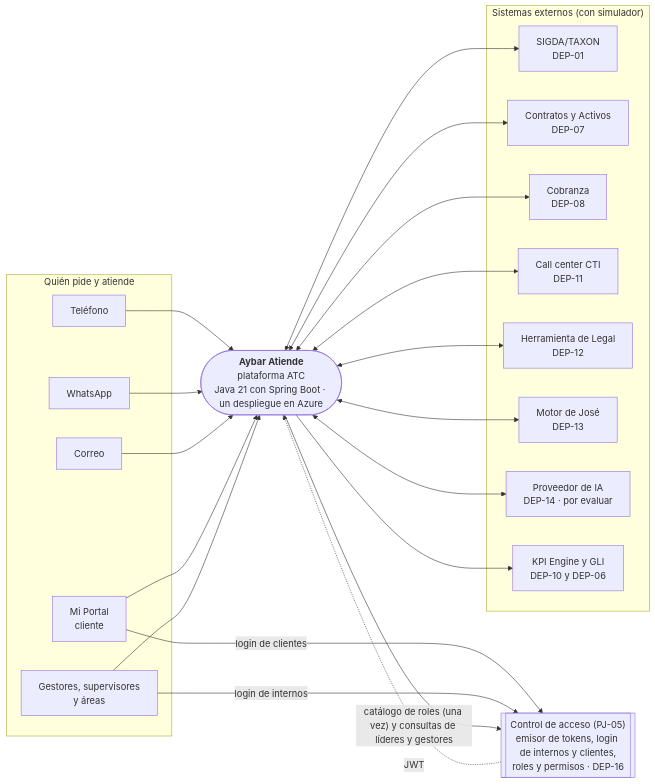
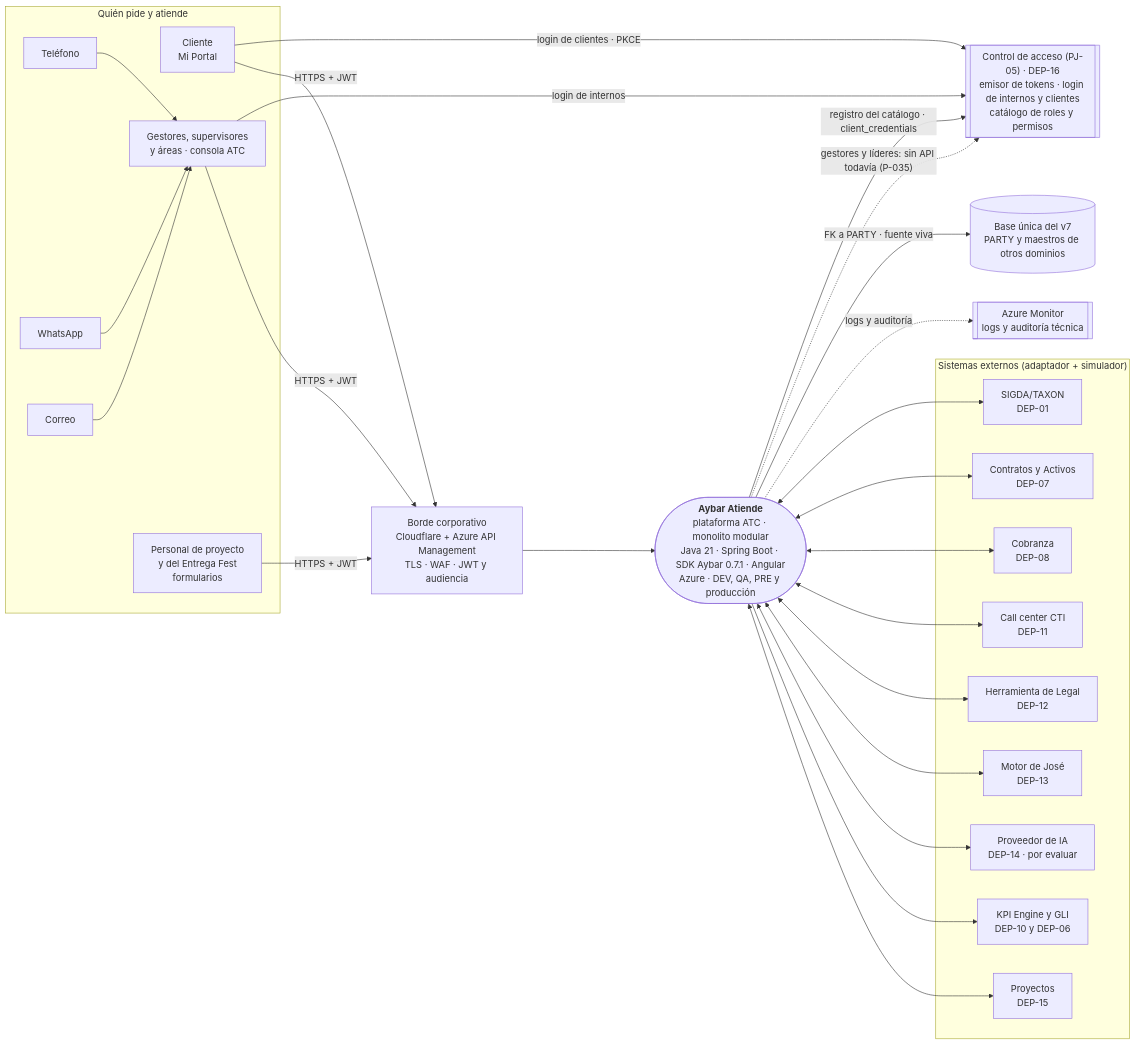
One commit to michel-poma-huachihuaco/tyc-mockup changed the diagram in propuesta-po/documentacion/paquete-definir-etapa1-v1.3/arquitectura/c4-contexto.mmd. Above: the diagram before and after it, drawn with Mermaid. The commit also changed 124 other files, not shown here.

```diff
--- a/propuesta-po/documentacion/paquete-definir-etapa1-v1.3/arquitectura/c4-contexto.mmd
+++ b/propuesta-po/documentacion/paquete-definir-etapa1-v1.3/arquitectura/c4-contexto.mmd
@@ -1,38 +1,49 @@
 flowchart LR
   subgraph Quien["Quién pide y atiende"]
     tel[Teléfono]
     wa[WhatsApp]
     mail[Correo]
-    portal[Mi Portal<br/>cliente]
-    ges[Gestores, supervisores<br/>y áreas]
+    cli[Cliente<br/>Mi Portal]
+    ges[Gestores, supervisores<br/>y áreas · consola ATC]
+    obra[Personal de proyecto<br/>y del Entrega Fest<br/>formularios]
   end
-  atc(["<b>Aybar Atiende</b><br/>plataforma ATC<br/>Java 21 con Spring Boot · un despliegue en Azure"])
-  subgraph Ext["Sistemas externos (con simulador)"]
+  borde["Borde corporativo<br/>Cloudflare + Azure API Management<br/>TLS · WAF · JWT y audiencia"]
+  atc(["<b>Aybar Atiende</b><br/>plataforma ATC · monolito modular<br/>Java 21 · Spring Boot · SDK Aybar 0.7.1 · Angular<br/>Azure · DEV, QA, PRE y producción"])
+  ctrl[["Control de acceso (PJ-05) · DEP-16<br/>emisor de tokens · login de internos y clientes<br/>catálogo de roles y permisos"]]
+  base[("Base única del v7<br/>PARTY y maestros de otros dominios")]
+  mon[["Azure Monitor<br/>logs y auditoría técnica"]]
+  subgraph Ext["Sistemas externos (adaptador + simulador)"]
     sigda[SIGDA/TAXON<br/>DEP-01]
     con[Contratos y Activos<br/>DEP-07]
     cob[Cobranza<br/>DEP-08]
     cti[Call center CTI<br/>DEP-11]
     leg[Herramienta de Legal<br/>DEP-12]
     jose[Motor de José<br/>DEP-13]
     ia[Proveedor de IA<br/>DEP-14 · por evaluar]
     kpi[KPI Engine y GLI<br/>DEP-10 y DEP-06]
+    proy[Proyectos<br/>DEP-15]
   end
-  ctrl[["Control de acceso (PJ-05)<br/>emisor de tokens, login de internos y clientes,<br/>roles y permisos · DEP-16"]]
-  tel --> atc
-  wa --> atc
-  mail --> atc
-  portal -- "login de clientes" --> ctrl
+  cli -- "login de clientes · PKCE" --> ctrl
   ges -- "login de internos" --> ctrl
-  portal --> atc
-  ges --> atc
-  ctrl -. "JWT" .-> atc
-  atc -- "catálogo de roles (una vez) y consultas de líderes y gestores" --> ctrl
+  cli -- "HTTPS + JWT" --> borde
+  ges -- "HTTPS + JWT" --> borde
+  obra -- "HTTPS + JWT" --> borde
+  borde --> atc
+  tel --> ges
+  wa --> ges
+  mail --> ges
+  atc -- "registro del catálogo · client_credentials" --> ctrl
+  atc -. "gestores y líderes: sin API todavía (P-035)" .-> ctrl
+  atc -- "FK a PARTY · fuente viva" --> base
+  atc -. "logs y auditoría" .-> mon
   atc <--> sigda
   atc <--> con
   atc <--> cob
   atc <--> cti
   atc <--> leg
   atc <--> jose
   atc <--> ia
   atc --> kpi
-%% Generado por IA (Claude, 2026-10-22), versión base v2 de Nexora; actualizado con las decisiones DT-03, DT-04, DT-05 y DT-07 del Líder Técnico: el emisor y el login son de Control de acceso (PJ-05); ATC no administra identidad. — Revisado por: (pendiente)
+  atc <--> proy
+%% Generado por IA (Claude, 2026-10-22), versión base v2 de Nexora; actualizado con las decisiones DT-01 a DT-07 del Líder Técnico (Control de acceso emite los tokens y hace el login; Azure; borde con Cloudflare y API Management; base única con PARTY como fuente viva). — Revisado por: (pendiente)
+%% Historial: 0.3 · 2026-10-26 · Brayan Hurtado, con IA · borde corporativo, base única, Azure Monitor y ambientes; DEP-15; la consulta de gestores y líderes queda punteada porque Control de acceso no la tiene (P-035); los canales llegan por los gestores
```
